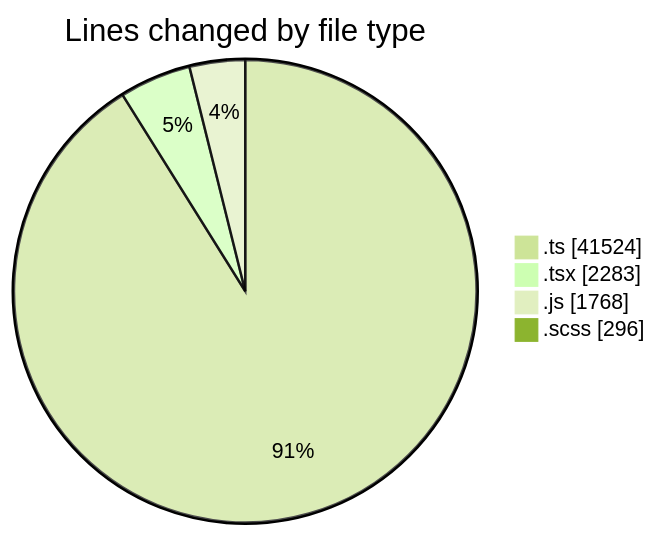
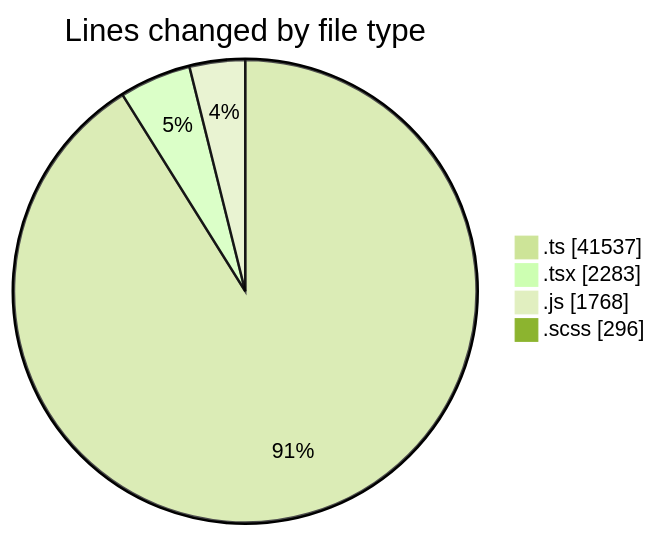
The first of 2 diagrams in 2025-06-23/cda/README.md (momahboobian/code-tracking), drawn with Mermaid (forest theme) before and after one commit. The commit also changed other lines of this file and 1 other file, not shown here.

````diff
--- a/2025-06-23/cda/README.md
+++ b/2025-06-23/cda/README.md
@@ -39,8 +39,8 @@
 ```mermaid
 pie showData
 title Lines changed by file type
-".ts" : 41524
+".ts" : 41537
 ".tsx" : 2283
 ".js" : 1768
 ".scss" : 296
 ```
````
